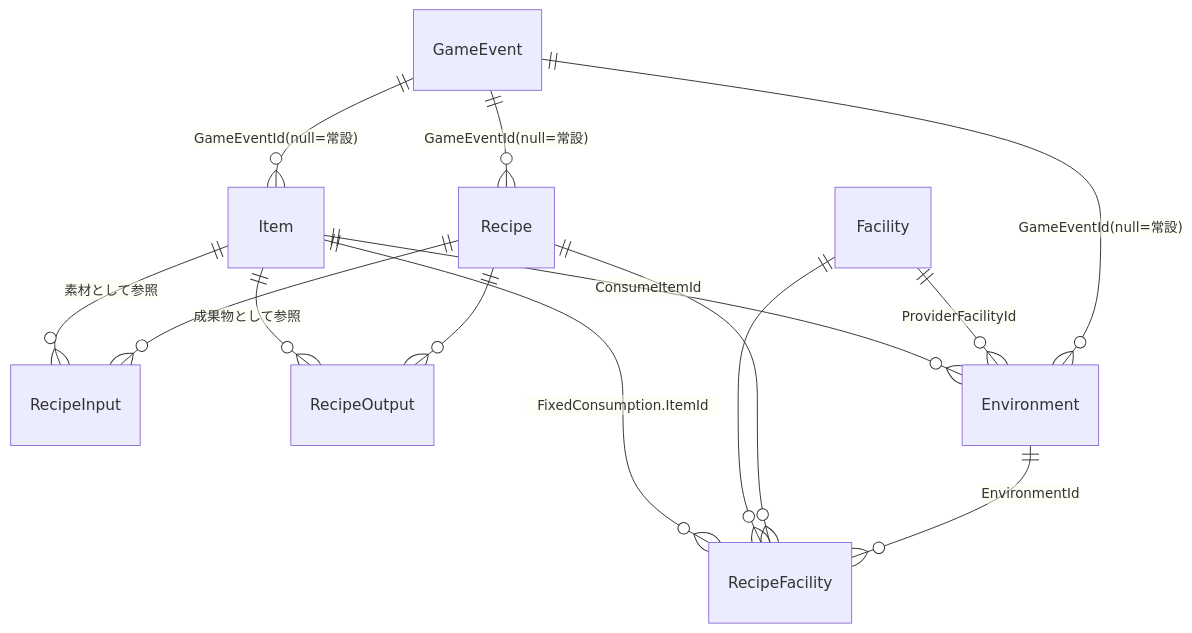
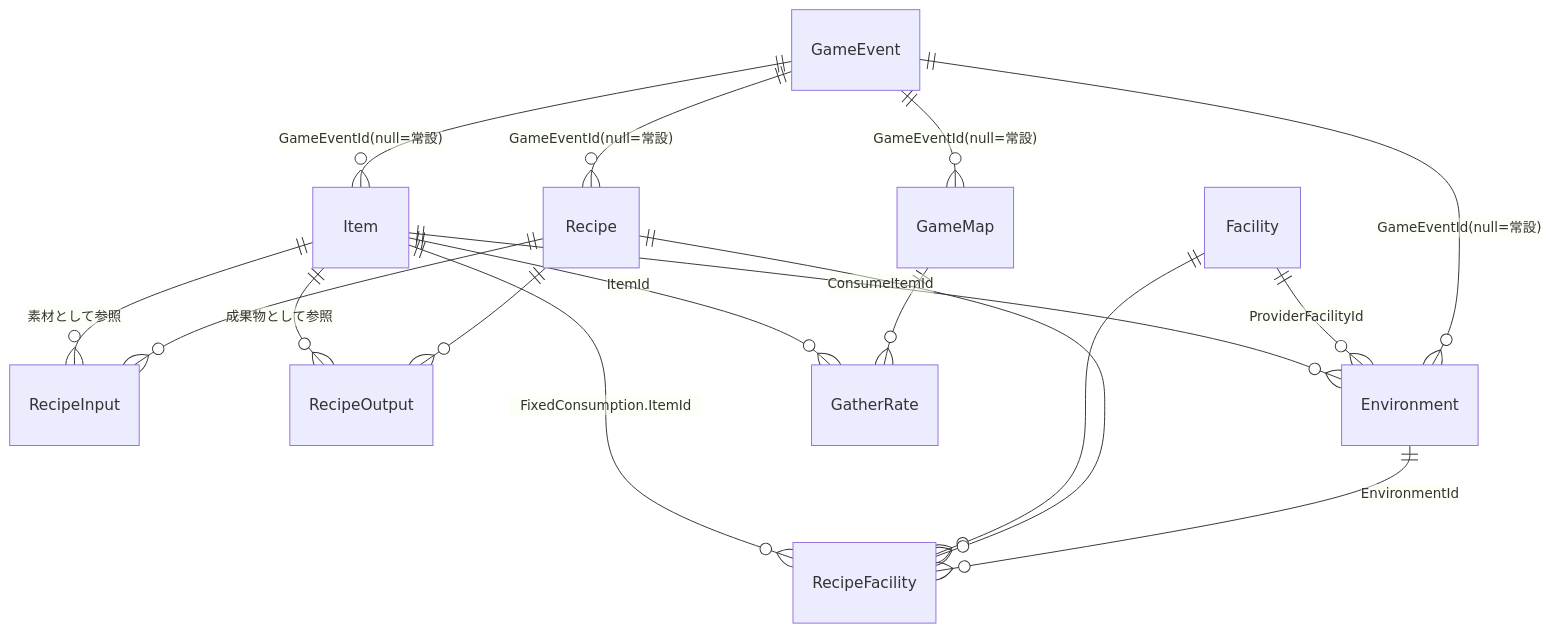
The first of 2 diagrams in docs/requirements.md (Tkg-tamagohan/Endfield-AIC-Web), drawn with Mermaid before and after one commit. The commit also changed other lines of this file and 3 other files, not shown here.

````diff
--- a/docs/requirements.md
+++ b/docs/requirements.md
@@ -101,16 +112,19 @@
 ```mermaid
 erDiagram
     Item ||--o{ RecipeInput : "素材として参照"
     Item ||--o{ RecipeOutput : "成果物として参照"
     Item ||--o{ Environment : "ConsumeItemId"
     Item ||--o{ RecipeFacility : "FixedConsumption.ItemId"
     Facility ||--o{ RecipeFacility : ""
     Facility ||--o{ Environment : "ProviderFacilityId"
     Recipe ||--o{ RecipeFacility : ""
     Recipe ||--o{ RecipeInput : ""
     Recipe ||--o{ RecipeOutput : ""
     Environment ||--o{ RecipeFacility : "EnvironmentId"
+    Item ||--o{ GatherRate : "ItemId"
+    GameMap ||--o{ GatherRate : ""
     GameEvent ||--o{ Item : "GameEventId(null=常設)"
     GameEvent ||--o{ Environment : "GameEventId(null=常設)"
     GameEvent ||--o{ Recipe : "GameEventId(null=常設)"
+    GameEvent ||--o{ GameMap : "GameEventId(null=常設)"
 ```
````
